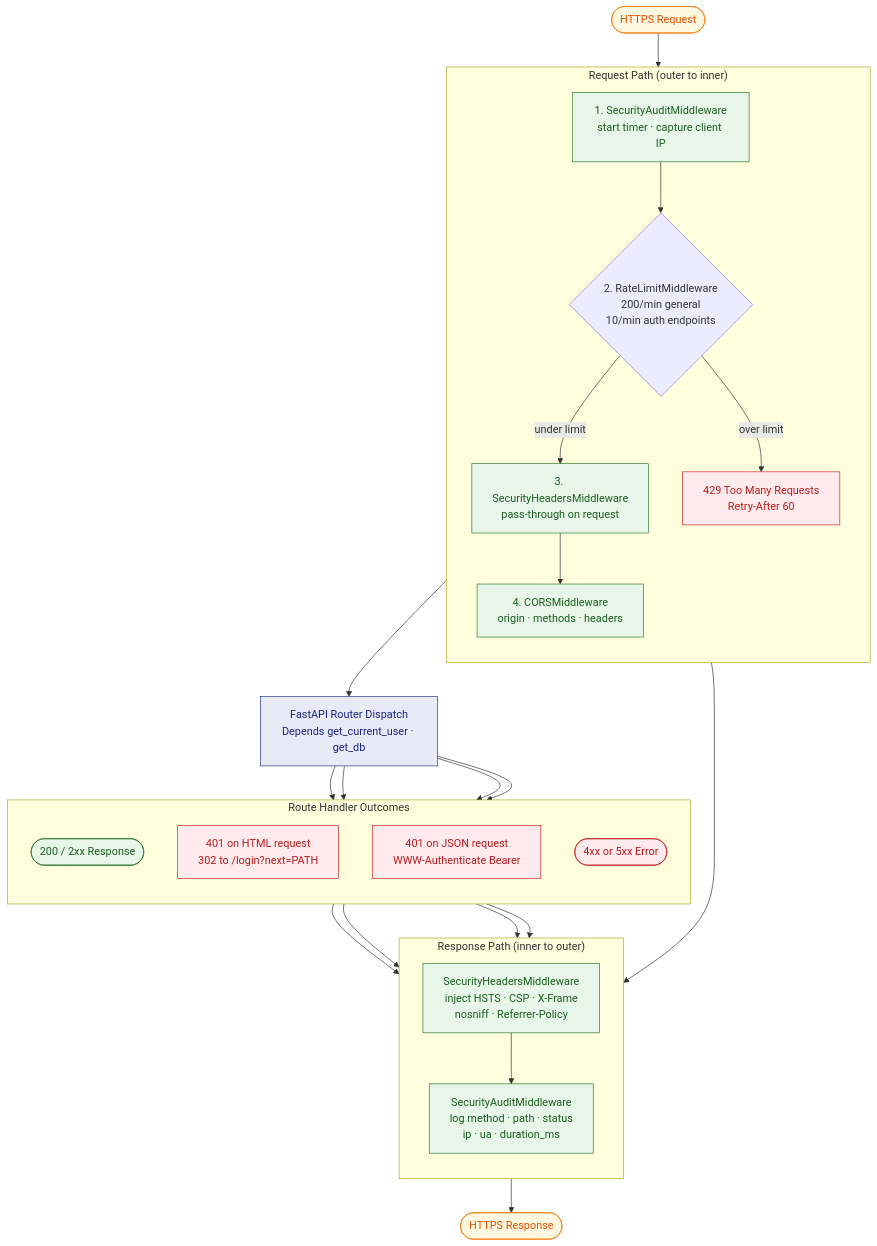
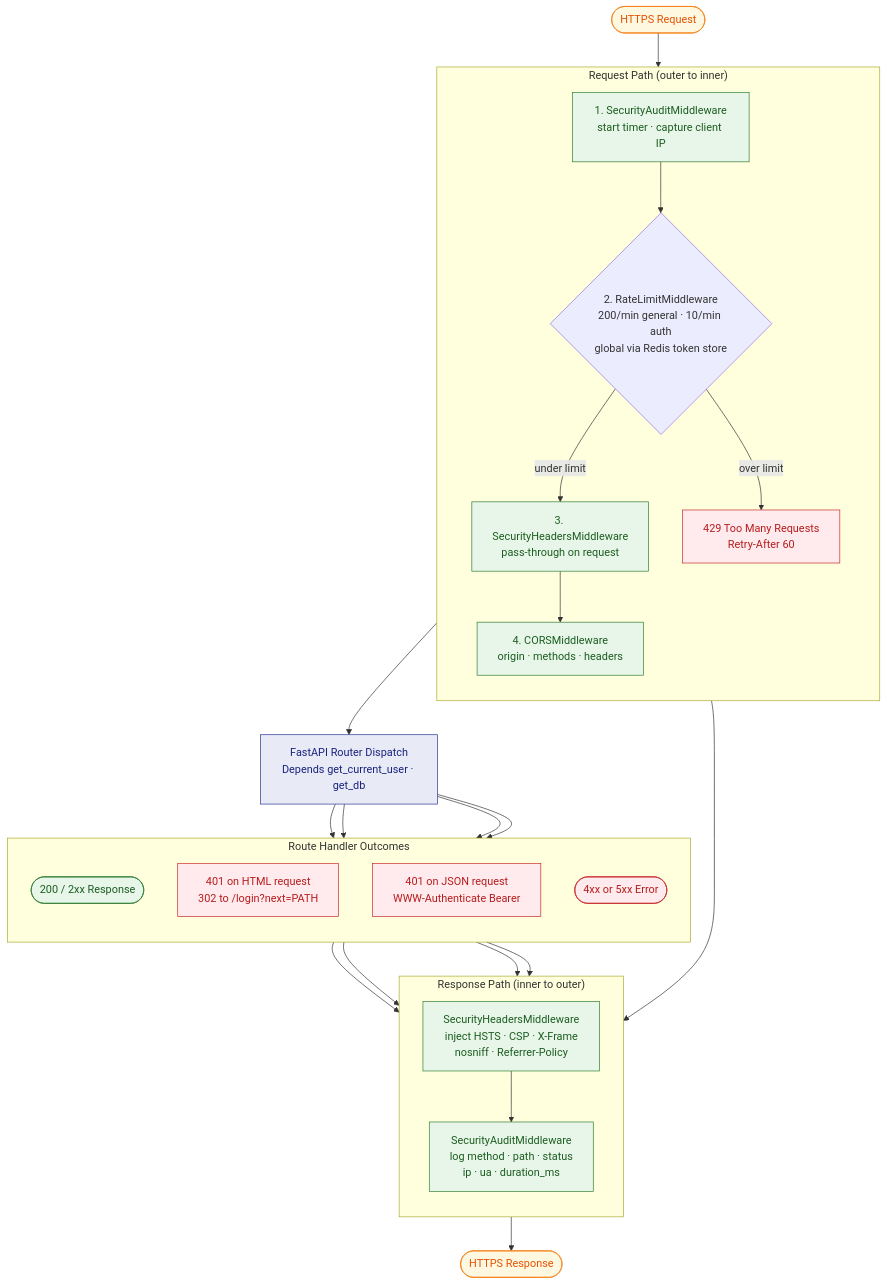
The seventh of 18 diagrams in README.md (skondla/fastWebApp_AI), drawn with Mermaid before and after one commit. The commit also changed other lines of this file, not shown here.

````diff
--- a/README.md
+++ b/README.md
@@ -733,57 +737,57 @@
 ```mermaid
 flowchart TB
     classDef pass fill:#E8F5E9,stroke:#2E7D32,color:#1B5E20
     classDef block fill:#FFEBEE,stroke:#C62828,color:#B71C1C
     classDef route fill:#E8EAF6,stroke:#283593,color:#1A237E
     classDef phase fill:#FFF8E1,stroke:#F57F17,color:#E65100
 
     REQ([HTTPS Request]):::phase
 
     subgraph REQPATH["Request Path  (outer to inner)"]
         direction TB
         AUDIT_IN["1. SecurityAuditMiddleware<br/>start timer · capture client IP"]:::pass
-        RATE{"2. RateLimitMiddleware<br/>200/min general<br/>10/min auth endpoints"}
+        RATE{"2. RateLimitMiddleware<br/>200/min general · 10/min auth<br/>global via Redis token store"}
         R429["429 Too Many Requests<br/>Retry-After 60"]:::block
         HDR_IN["3. SecurityHeadersMiddleware<br/>pass-through on request"]:::pass
         CORS["4. CORSMiddleware<br/>origin · methods · headers"]:::pass
     end
 
     ROUTE["FastAPI Router Dispatch<br/>Depends get_current_user · get_db"]:::route
 
     subgraph HANDLERS["Route Handler Outcomes"]
         direction TB
         OK(["200 / 2xx Response"]):::pass
         REDIR["401 on HTML request<br/>302 to /login?next=PATH"]:::block
         JSON401["401 on JSON request<br/>WWW-Authenticate Bearer"]:::block
         ERR(["4xx or 5xx Error"]):::block
     end
 
     subgraph RESPATH["Response Path  (inner to outer)"]
         direction TB
         HDR_OUT["SecurityHeadersMiddleware<br/>inject HSTS · CSP · X-Frame<br/>nosniff · Referrer-Policy"]:::pass
         AUDIT_OUT["SecurityAuditMiddleware<br/>log method · path · status<br/>ip · ua · duration_ms"]:::pass
     end
 
     OUT([HTTPS Response]):::phase
 
     REQ --> AUDIT_IN
     AUDIT_IN --> RATE
     RATE -->|under limit| HDR_IN
     RATE -->|over limit| R429
     HDR_IN --> CORS
     CORS --> ROUTE
 
     ROUTE --> OK
     ROUTE --> REDIR
     ROUTE --> JSON401
     ROUTE --> ERR
 
     OK --> HDR_OUT
     REDIR --> HDR_OUT
     JSON401 --> HDR_OUT
     ERR --> HDR_OUT
     R429 --> HDR_OUT
 
     HDR_OUT --> AUDIT_OUT
     AUDIT_OUT --> OUT
 ```
````
